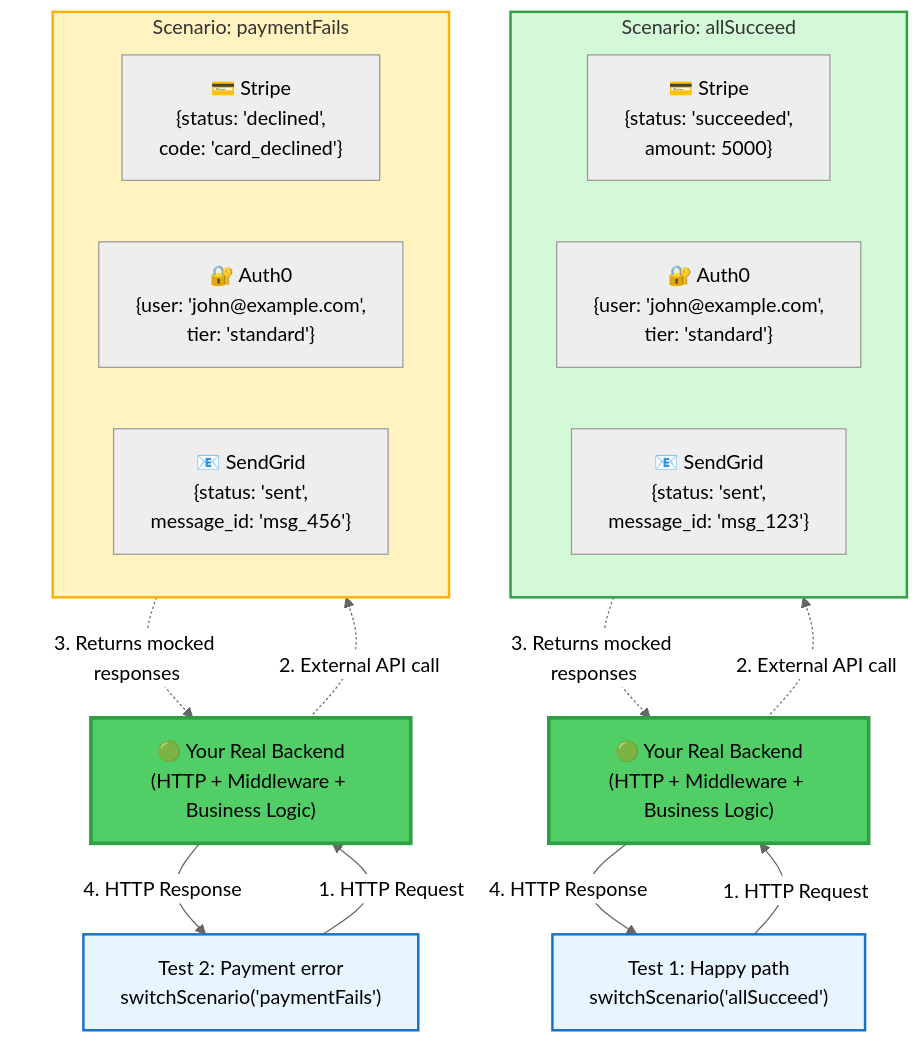
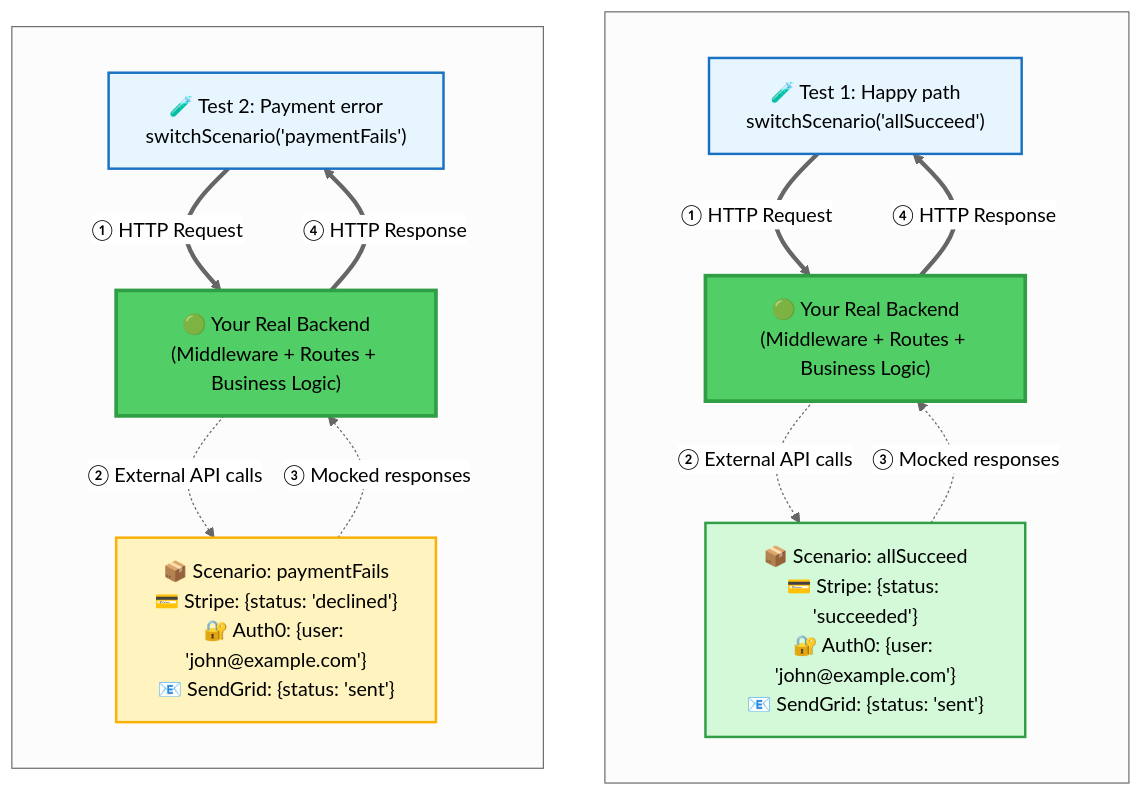
Before and after one commit to citypaul/scenarist: the first of 3 diagrams in apps/docs/src/content/docs/introduction/overview.md, drawn with Mermaid. The commit also changed 1 other file, not shown here.

Commit message:
docs: fix diagram layout for mobile readability
Changed the "One Server, Unlimited Scenarios" diagram from a single
flowchart to use separate subgraphs for each test flow. This fixes the
upside-down rendering issue that occurred when using bidirectional
arrows in TB (top-to-bottom) mode.

Each flow is now isolated in its own subgraph with explicit direction TB,
ensuring Tests → Backend → Scenarios flows correctly from top to bottom.
This improves readability especially on mobile devices.

Also updated .claude/settings.local.json to allow WebFetch for GitHub
and StackOverflow domains used during research.

🤖 Generated with [Claude Code](https://claude.com/claude-code)

````diff
--- a/apps/docs/src/content/docs/introduction/overview.md
+++ b/apps/docs/src/content/docs/introduction/overview.md
@@ -16,39 +16,34 @@
 ```mermaid
 %%{init: {'theme':'neutral', 'themeVariables': {'fontSize':'16px', 'fontFamily':'arial'}}}%%
-graph TB
-    T1["Test 1: Happy path<br/>switchScenario('allSucceed')"]
-    T2["Test 2: Payment error<br/>switchScenario('paymentFails')"]
+flowchart TB
+    subgraph Flow1[" "]
+        direction TB
+        T1["🧪 Test 1: Happy path<br/>switchScenario('allSucceed')"]
+        B1["🟢 Your Real Backend<br/>(Middleware + Routes + Business Logic)"]
+        S1["📦 Scenario: allSucceed<br/>💳 Stripe: {status: 'succeeded'}<br/>🔐 Auth0: {user: 'john@example.com'}<br/>📧 SendGrid: {status: 'sent'}"]
 
-    T1 -->|"1. HTTP Request"| B1["🟢 Your Real Backend<br/>(HTTP + Middleware + Business Logic)"]
-    T2 -->|"1. HTTP Request"| B2["🟢 Your Real Backend<br/>(HTTP + Middleware + Business Logic)"]
-
-    B1 -->|"4. HTTP Response"| T1
-    B2 -->|"4. HTTP Response"| T2
-
-    B1 -.->|"2. External API call"| S1
-    B2 -.->|"2. External API call"| S2
-
-    S1 -.->|"3. Returns mocked responses"| B1
-    S2 -.->|"3. Returns mocked responses"| B2
-
-    subgraph S1["Scenario: allSucceed"]
-        direction LR
-        S1A["💳 Stripe<br/>{status: 'succeeded',<br/>amount: 5000}"]
-        S1B["🔐 Auth0<br/>{user: 'john@example.com',<br/>tier: 'standard'}"]
-        S1C["📧 SendGrid<br/>{status: 'sent',<br/>message_id: 'msg_123'}"]
+        T1 ==>|"① HTTP Request"| B1
+        B1 -.->|"② External API calls"| S1
+        S1 -.->|"③ Mocked responses"| B1
+        B1 ==>|"④ HTTP Response"| T1
     end
 
-    subgraph S2["Scenario: paymentFails"]
-        direction LR
-        S2A["💳 Stripe<br/>{status: 'declined',<br/>code: 'card_declined'}"]
-        S2B["🔐 Auth0<br/>{user: 'john@example.com',<br/>tier: 'standard'}"]
-        S2C["📧 SendGrid<br/>{status: 'sent',<br/>message_id: 'msg_456'}"]
+    subgraph Flow2[" "]
+        direction TB
+        T2["🧪 Test 2: Payment error<br/>switchScenario('paymentFails')"]
+        B2["🟢 Your Real Backend<br/>(Middleware + Routes + Business Logic)"]
+        S2["📦 Scenario: paymentFails<br/>💳 Stripe: {status: 'declined'}<br/>🔐 Auth0: {user: 'john@example.com'}<br/>📧 SendGrid: {status: 'sent'}"]
+
+        T2 ==>|"① HTTP Request"| B2
+        B2 -.->|"② External API calls"| S2
+        S2 -.->|"③ Mocked responses"| B2
+        B2 ==>|"④ HTTP Response"| T2
     end
 
     style T1 fill:#e7f5ff,stroke:#1971c2,stroke-width:2px
     style T2 fill:#e7f5ff,stroke:#1971c2,stroke-width:2px
     style B1 fill:#51cf66,stroke:#2f9e44,stroke-width:3px
     style B2 fill:#51cf66,stroke:#2f9e44,stroke-width:3px
     style S1 fill:#d3f9d8,stroke:#2f9e44,stroke-width:2px
     style S2 fill:#fff3bf,stroke:#fab005,stroke-width:2px
 ```
````
